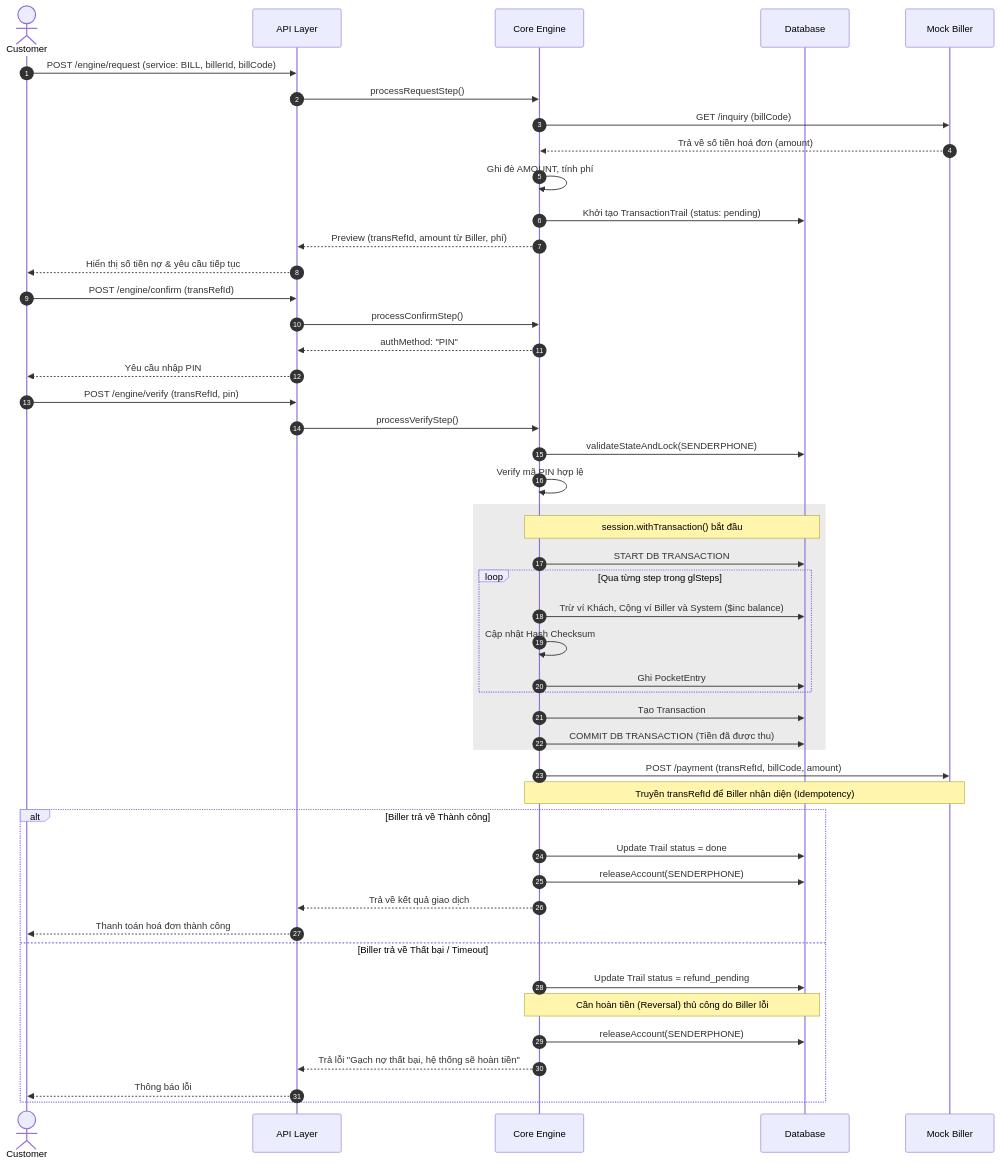
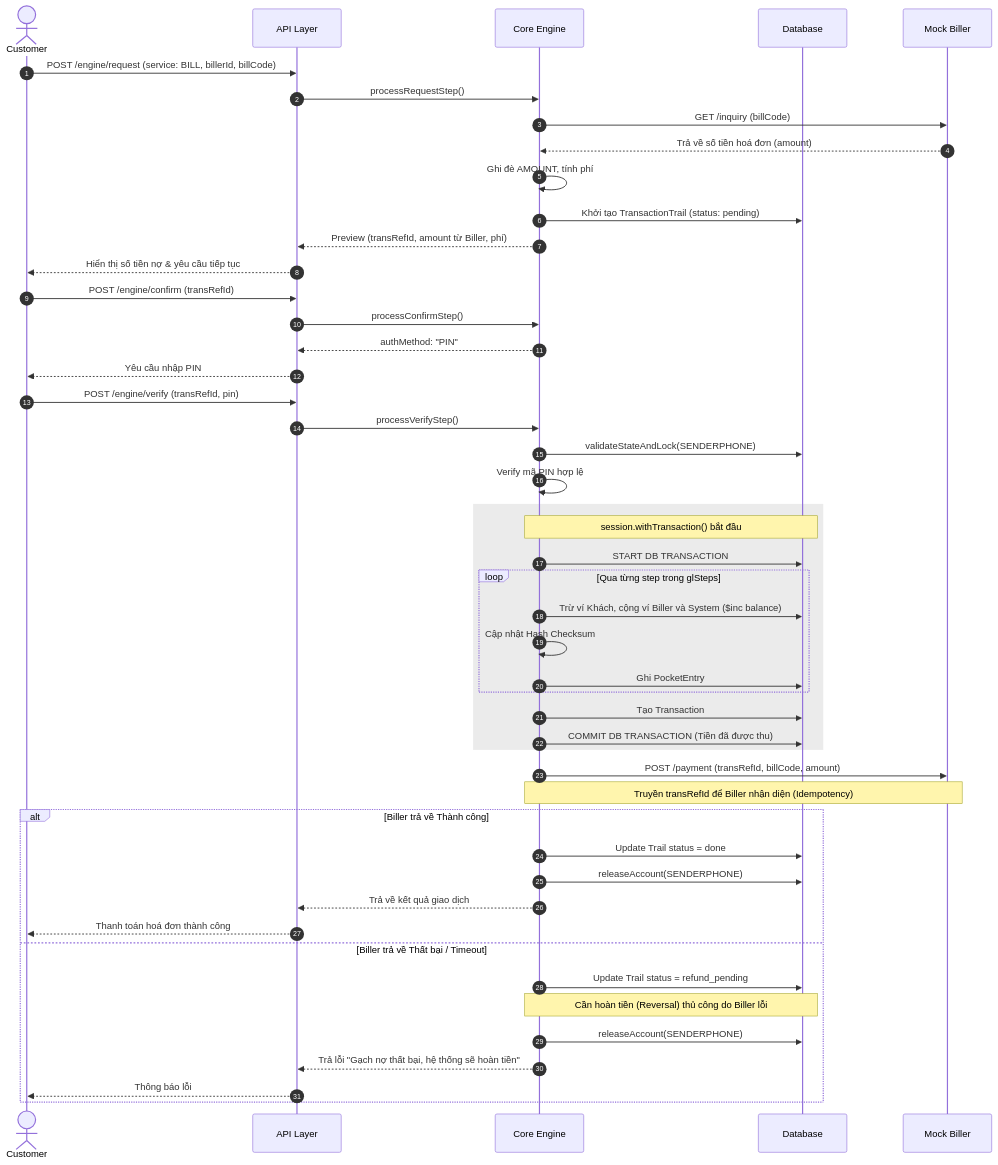
The third of 3 diagrams in docs/Sequence diagram/Sequence.md (DLdevcoder/MINI-WALLET), drawn with Mermaid before and after one commit. The commit also changed other lines of this file, not shown here.

Commit message:
docs: fix sequence

````diff
--- a/docs/Sequence diagram/Sequence.md
+++ b/docs/Sequence diagram/Sequence.md
@@ -130,60 +130,60 @@
 ```mermaid
 sequenceDiagram
     autonumber
     actor C as Customer
     participant A as API Layer
     participant E as Core Engine
     participant D as Database
     participant B as Mock Biller
 
     %% BƯỚC 1: REQUEST & INQUIRY
     C->>A: POST /engine/request (service: BILL, billerId, billCode)
     A->>E: processRequestStep()
     E->>B: GET /inquiry (billCode)
     B-->>E: Trả về số tiền hoá đơn (amount)
     E->>E: Ghi đè AMOUNT, tính phí
     E->>D: Khởi tạo TransactionTrail (status: pending)
     E-->>A: Preview (transRefId, amount từ Biller, phí)
     A-->>C: Hiển thị số tiền nợ & yêu cầu tiếp tục
 
     %% BƯỚC 2: CONFIRM
     C->>A: POST /engine/confirm (transRefId)
     A->>E: processConfirmStep()
     E-->>A: authMethod: "PIN"
     A-->>C: Yêu cầu nhập PIN
 
     %% BƯỚC 3: VERIFY
     C->>A: POST /engine/verify (transRefId, pin)
     A->>E: processVerifyStep()
     E->>D: validateStateAndLock(SENDERPHONE)
     E->>E: Verify mã PIN hợp lệ
 
     rect rgba(120, 120, 120, 0.15)
         Note over E,D: session.withTransaction() bắt đầu
         E->>D: START DB TRANSACTION
         loop Qua từng step trong glSteps
-            E->>D: Trừ ví Khách, Cộng ví Biller và System ($inc balance)
+            E->>D: Trừ ví Khách, cộng ví Biller và System ($inc balance)
             E->>E: Cập nhật Hash Checksum
             E->>D: Ghi PocketEntry
         end
         E->>D: Tạo Transaction
         E->>D: COMMIT DB TRANSACTION (Tiền đã được thu)
     end
 
     %% GỌI PAYMENT SAU KHI ĐÃ THU TIỀN
     E->>B: POST /payment (transRefId, billCode, amount)
     Note over E,B: Truyền transRefId để Biller nhận diện (Idempotency)
 
     alt Biller trả về Thành công
         E->>D: Update Trail status = done
         E->>D: releaseAccount(SENDERPHONE)
         E-->>A: Trả về kết quả giao dịch
         A-->>C: Thanh toán hoá đơn thành công
     else Biller trả về Thất bại / Timeout
         E->>D: Update Trail status = refund_pending
         Note over E,D: Cần hoàn tiền (Reversal) thủ công do Biller lỗi
         E->>D: releaseAccount(SENDERPHONE)
         E-->>A: Trả lỗi "Gạch nợ thất bại, hệ thống sẽ hoàn tiền"
         A-->>C: Thông báo lỗi
     end
 ```
````
